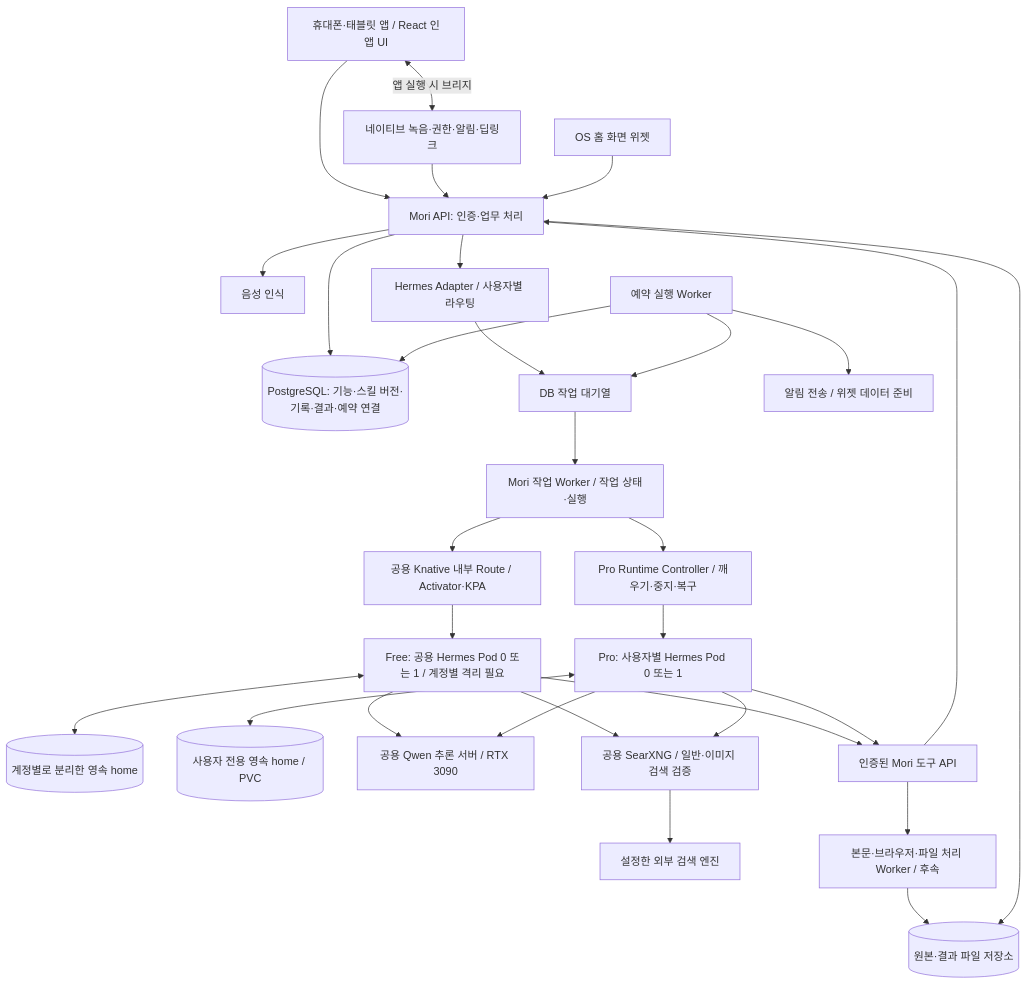
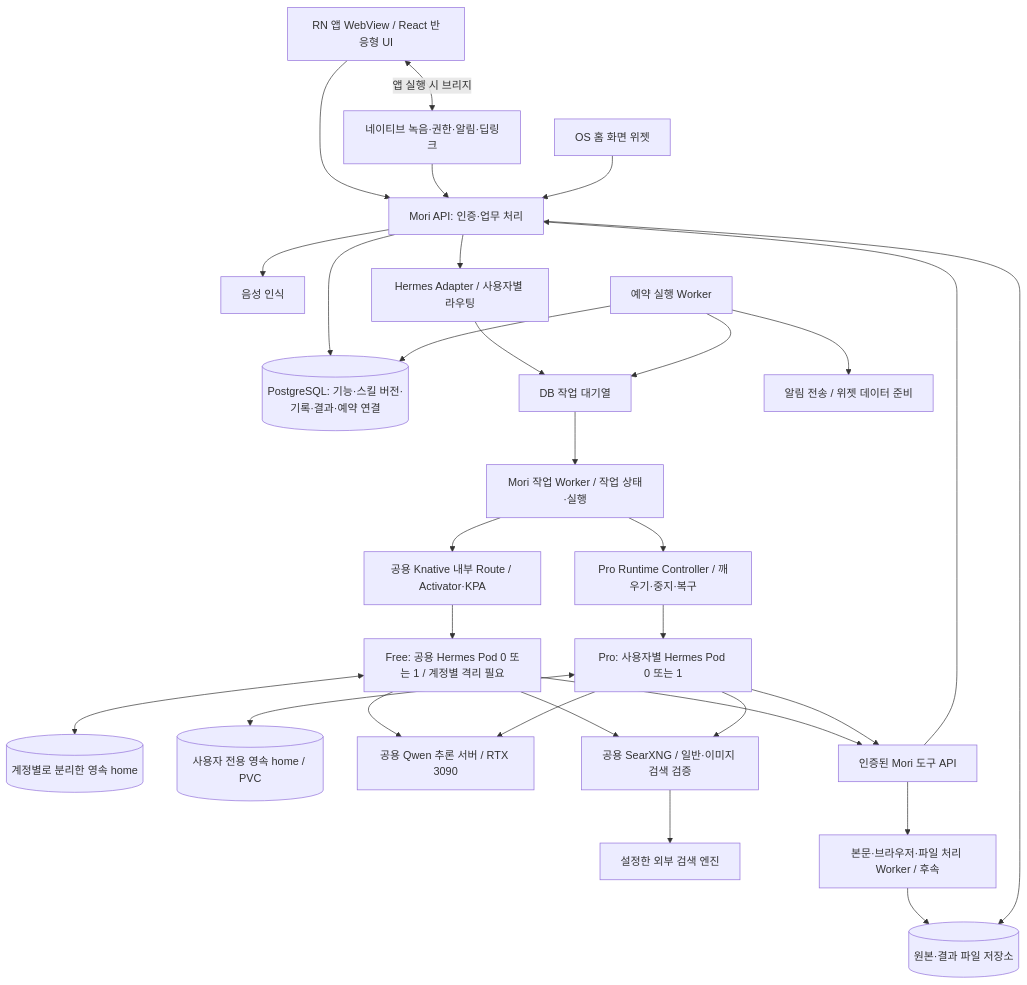
Before and after one commit to dong7314/mori: the second of 3 diagrams in architecture/plan.md, drawn with Mermaid. The commit also changed other lines of this file and 1 other file, not shown here.

First line of the commit message:
docs(architecture): plan independent web and app releases

````diff
--- a/architecture/plan.md
+++ b/architecture/plan.md
@@ -126,32 +134,32 @@
 ```mermaid
 flowchart TD
-    App[휴대폰·태블릿 앱 / React 인앱 UI] --> API[Mori API: 인증·업무 처리]
+    App[RN 앱 WebView / React 반응형 UI] --> API[Mori API: 인증·업무 처리]
     App <-->|앱 실행 시 브리지| Native[네이티브 녹음·권한·알림·딥링크]
     Native --> API
     Widget[OS 홈 화면 위젯] --> API
     API --> DB[(PostgreSQL: 기능·스킬 버전·기록·결과·예약 연결)]
     API --> STT[음성 인식]
     API --> Router[Hermes Adapter / 사용자별 라우팅]
     Router --> Queue[DB 작업 대기열]
     Scheduler[예약 실행 Worker] --> DB
     Scheduler --> Queue
     Scheduler --> Notify[알림 전송 / 위젯 데이터 준비]
     Queue --> Worker[Mori 작업 Worker / 작업 상태·실행]
     Worker --> Route[공용 Knative 내부 Route / Activator·KPA]
     Route --> Shared[Free: 공용 Hermes Pod 0 또는 1 / 계정별 격리 필요]
     Worker --> Controller[Pro Runtime Controller / 깨우기·중지·복구]
     Controller --> Dedicated[Pro: 사용자별 Hermes Pod 0 또는 1]
     Shared <--> SharedHome[(계정별로 분리한 영속 home)]
     Dedicated <--> Home[(사용자 전용 영속 home / PVC)]
     Shared --> LLM[공용 Qwen 추론 서버 / RTX 3090]
     Dedicated --> LLM
     Shared --> Tools[인증된 Mori 도구 API]
     Dedicated --> Tools
     Tools --> API
     Shared --> Search[공용 SearXNG / 일반·이미지 검색 검증]
     Dedicated --> Search
     Search --> Engines[설정한 외부 검색 엔진]
     Tools --> Jobs[본문·브라우저·파일 처리 Worker / 후속]
     Jobs --> Files[(원본·결과 파일 저장소)]
     API --> Files
 ```
````
